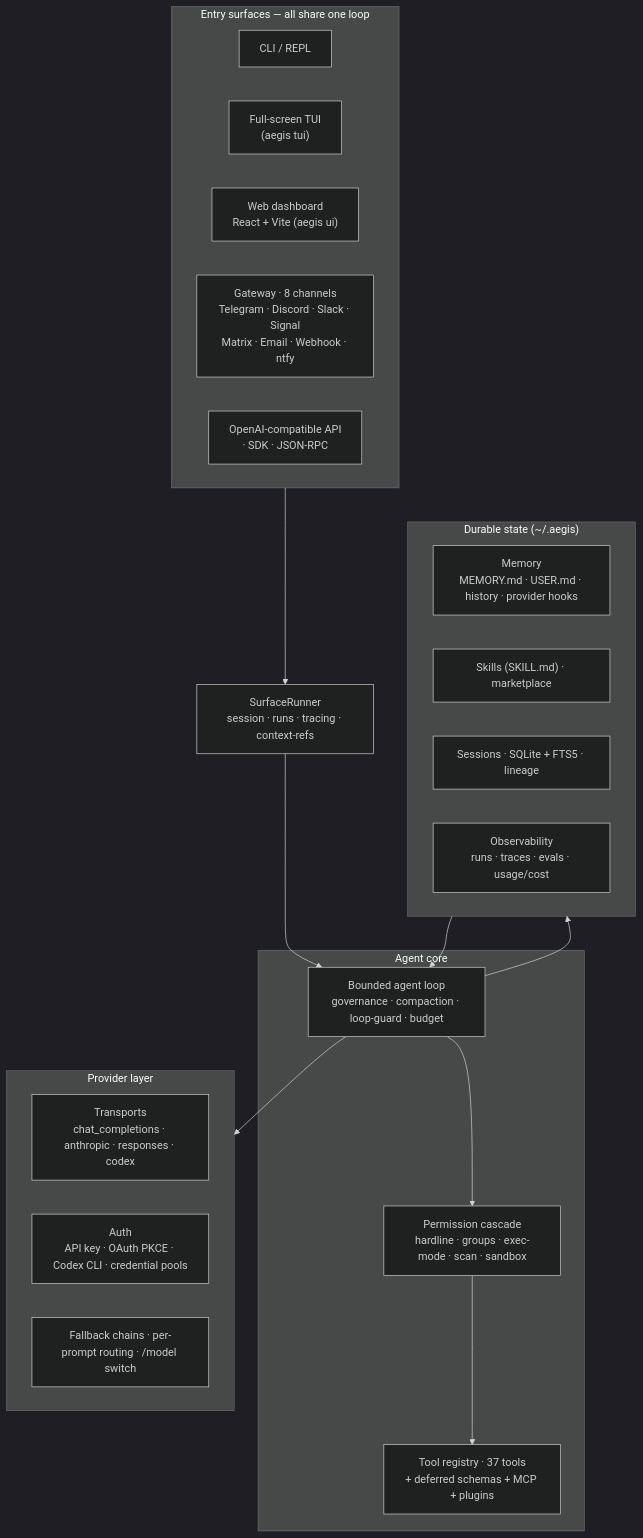
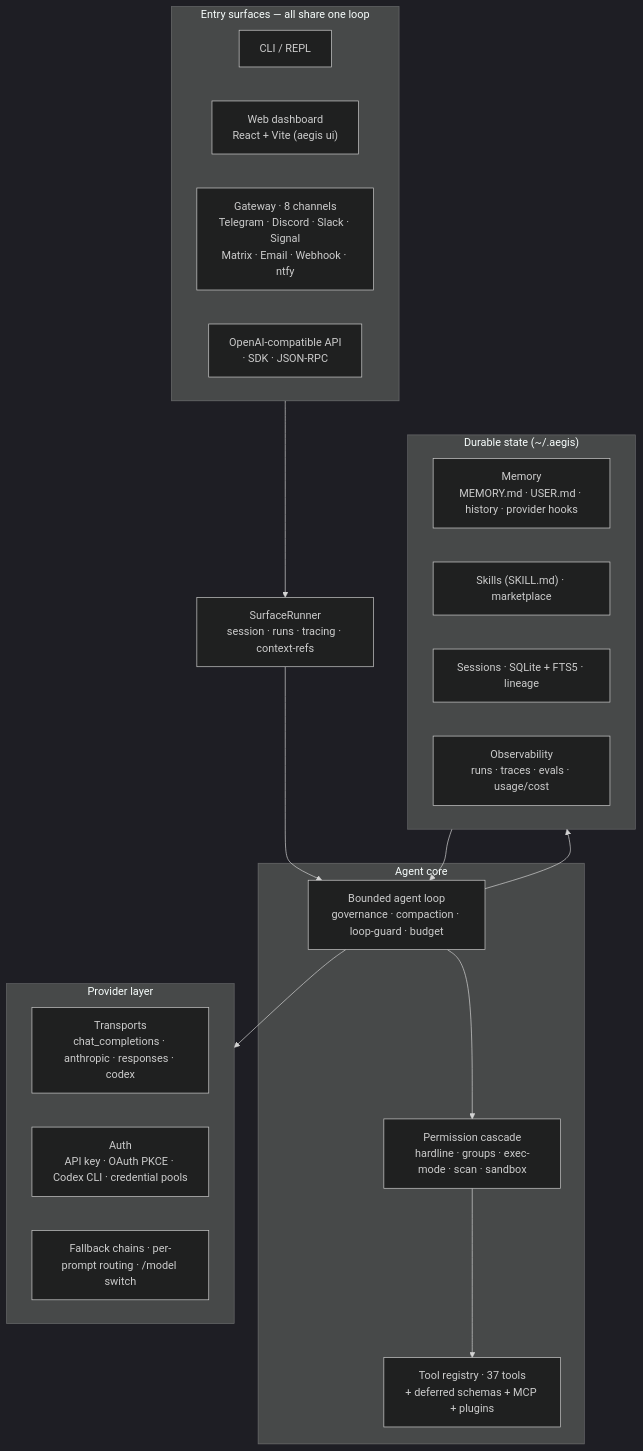
The first of 5 diagrams in README.md (Alien0013/aegis), drawn with Mermaid (dark theme) before and after one commit. The commit also changed other lines of this file and 52 other files, not shown here.

````diff
--- a/README.md
+++ b/README.md
@@ -67,37 +67,36 @@
 ```mermaid
 flowchart TB
     subgraph Surfaces["Entry surfaces — all share one loop"]
         CLI["CLI / REPL"]
-        TUI["Full-screen TUI<br/>(aegis tui)"]
         UI["Web dashboard<br/>React + Vite (aegis ui)"]
         GW["Gateway · 8 channels<br/>Telegram · Discord · Slack · Signal<br/>Matrix · Email · Webhook · ntfy"]
         API["OpenAI-compatible API<br/>· SDK · JSON-RPC"]
     end
 
     SR["SurfaceRunner<br/>session · runs · tracing · context-refs"]
 
     subgraph Core["Agent core"]
         LOOP["Bounded agent loop<br/>governance · compaction · loop-guard · budget"]
         PERM["Permission cascade<br/>hardline · groups · exec-mode · scan · sandbox"]
         REG["Tool registry · 37 tools<br/>+ deferred schemas + MCP + plugins"]
     end
 
     subgraph Providers["Provider layer"]
         TRANS["Transports<br/>chat_completions · anthropic · responses · codex"]
         AUTH["Auth<br/>API key · OAuth PKCE · Codex CLI · credential pools"]
         FB["Fallback chains · per-prompt routing · /model switch"]
     end
 
     subgraph State["Durable state (~/.aegis)"]
         MEM["Memory<br/>MEMORY.md · USER.md · history · provider hooks"]
         SK["Skills (SKILL.md) · marketplace"]
         SESS["Sessions · SQLite + FTS5 · lineage"]
         OBS["Observability<br/>runs · traces · evals · usage/cost"]
     end
 
     Surfaces --> SR --> LOOP
     LOOP --> PERM --> REG
     LOOP --> Providers
     LOOP --> State
     State --> LOOP
 ```
````
